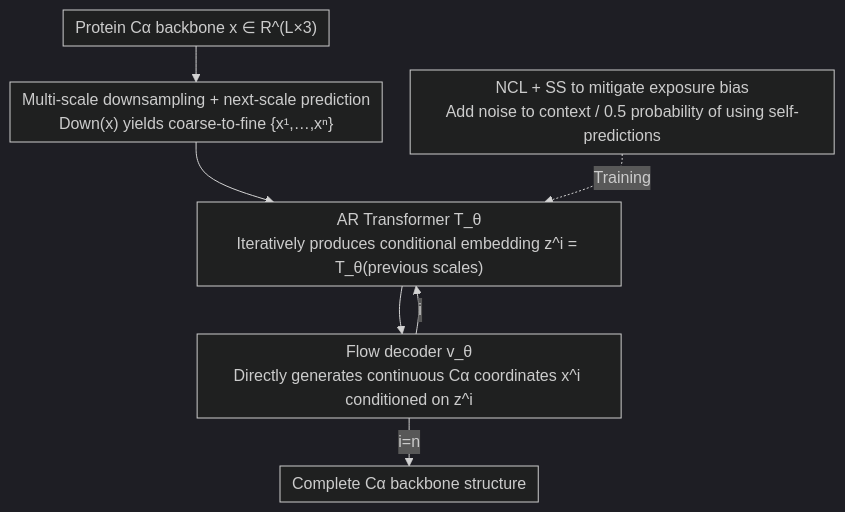
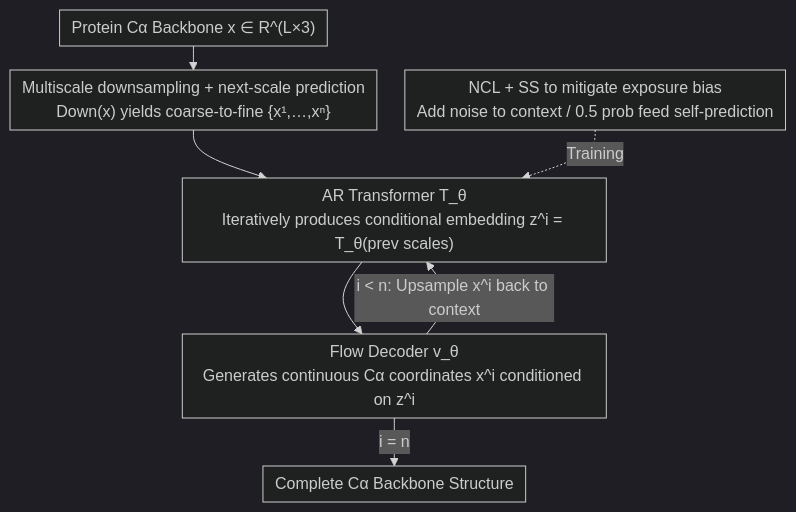
One commit to zhaoyang97/Paper-Notes-en changed the diagram in docs/ICML2026/computational_biology/protein_autoregressive_modeling_via_multiscale_structure_generation.md. Above: the diagram before and after it, drawn with Mermaid (dark theme). The commit also changed other lines of this file and 5084 other files, not shown here.

````diff
--- a/docs/ICML2026/computational_biology/protein_autoregressive_modeling_via_multiscale_structure_generation.md
+++ b/docs/ICML2026/computational_biology/protein_autoregressive_modeling_via_multiscale_structure_generation.md
@@ -45,10 +45,10 @@
 ```mermaid
 %%{init: {'flowchart': {'rankSpacing': 24, 'nodeSpacing': 28, 'padding': 6, 'wrappingWidth': 400}}}%%
 flowchart TD
-    A["Protein Cα backbone x ∈ R^(L×3)"] --> B["Multi-scale downsampling + next-scale prediction<br/>Down(x) yields coarse-to-fine {x¹,…,xⁿ}"]
-    B --> C["AR Transformer T_θ<br/>Iteratively produces conditional embedding z^i = T_θ(previous scales)"]
-    C --> D["Flow decoder v_θ<br/>Directly generates continuous Cα coordinates x^i conditioned on z^i"]
-    D -->|"i<n: Upsample x^i and concatenate to context"| C
-    D -->|"i=n"| E["Complete Cα backbone structure"]
-    G["NCL + SS to mitigate exposure bias<br/>Add noise to context / 0.5 probability of using self-predictions"] -. Training .-> C
+    A["Protein Cα Backbone x ∈ R^(L×3)"] --> B["Multiscale downsampling + next-scale prediction<br/>Down(x) yields coarse-to-fine {x¹,…,xⁿ}"]
+    B --> C["AR Transformer T_θ<br/>Iteratively produces conditional embedding z^i = T_θ(prev scales)"]
+    C --> D["Flow Decoder v_θ<br/>Generates continuous Cα coordinates x^i conditioned on z^i"]
+    D -->|"i < n: Upsample x^i back to context"| C
+    D -->|"i = n"| E["Complete Cα Backbone Structure"]
+    G["NCL + SS to mitigate exposure bias<br/>Add noise to context / 0.5 prob feed self-prediction"] -. Training .-> C
 ```
````
